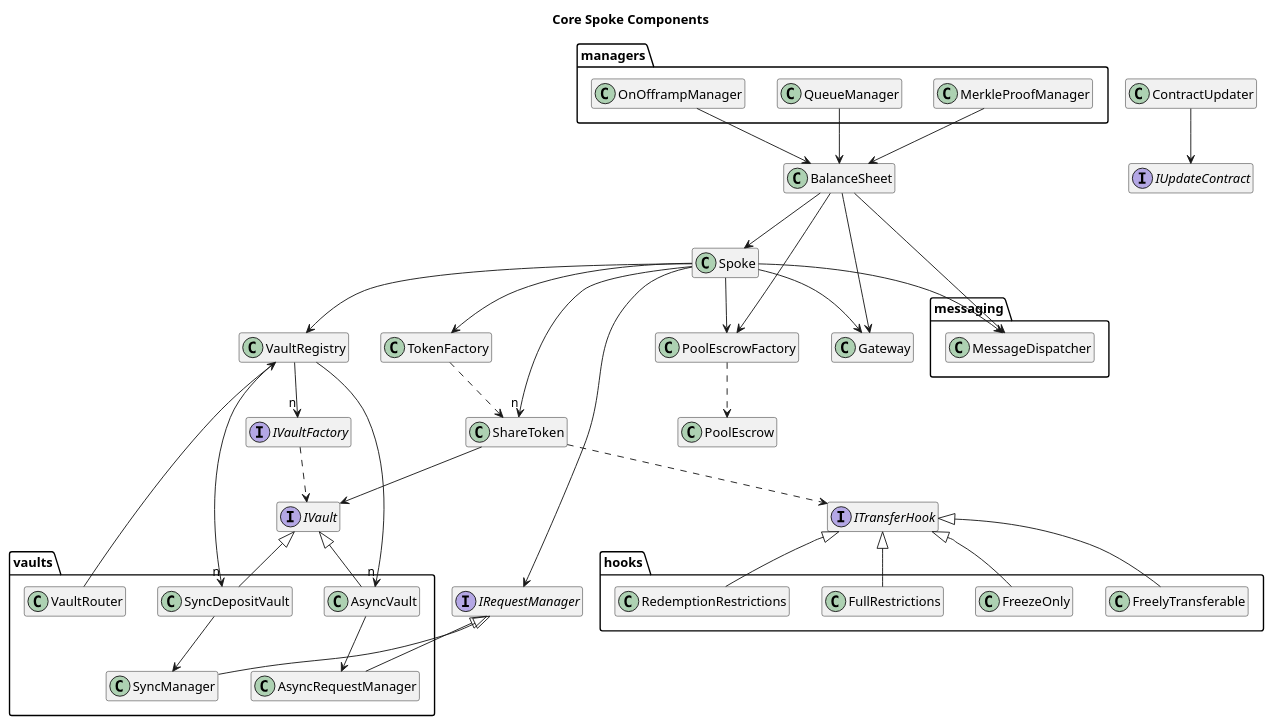
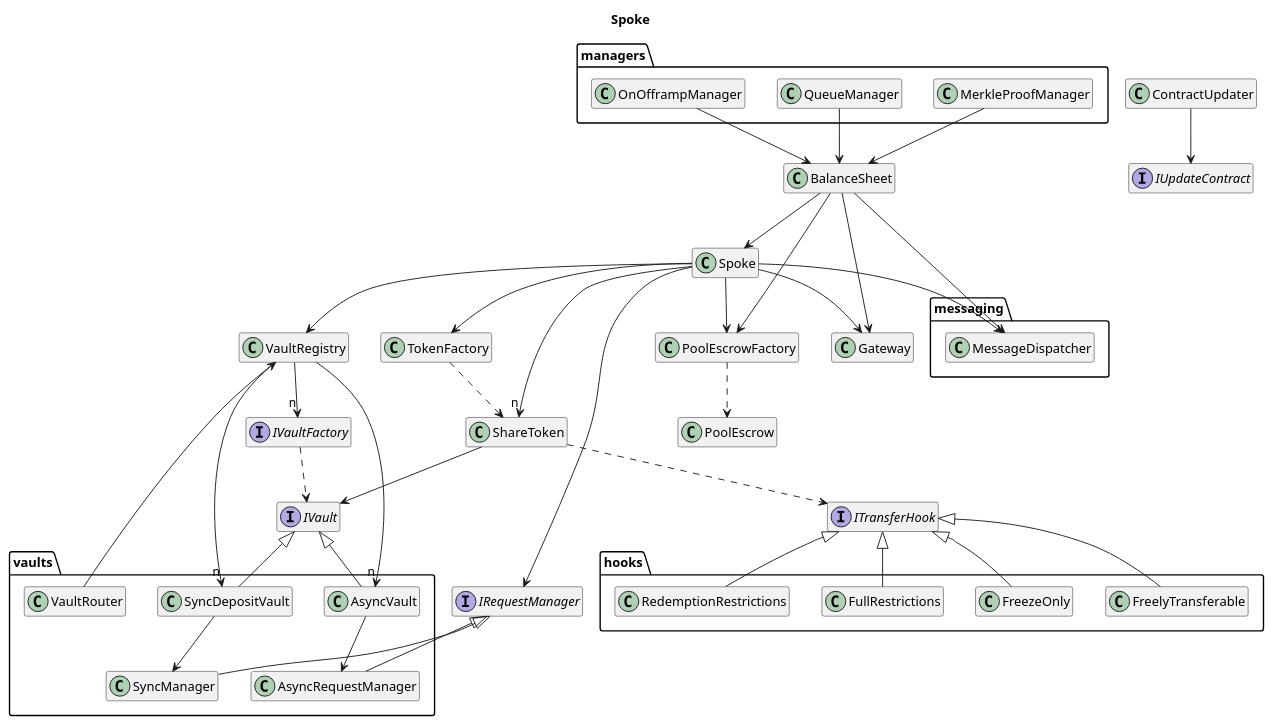
Before and after one commit to centrifuge/protocol: the diagram in docs/architecture/core/spoke.puml, drawn with PlantUML. The commit also changed 4 other files, not shown here.

```diff
--- a/docs/architecture/core/spoke.puml
+++ b/docs/architecture/core/spoke.puml
@@ -1,93 +1,93 @@
 @startuml spoke
-title Core Spoke Components
+title Spoke
 hide empty members
 
 package messaging {
     class MessageDispatcher
 }
 
 package managers {
     class OnOfframpManager
     class MerkleProofManager
     class QueueManager
 }
 
 package hooks {
     class FreelyTransferable
     class FreezeOnly
     class FullRestrictions
     class RedemptionRestrictions
 }
 
 package vaults {
     class AsyncVault
     class SyncDepositVault
     class AsyncRequestManager
     class SyncManager
     class VaultRouter
 }
 
 class Spoke
 class ShareToken
 class BalanceSheet
 class TokenFactory
 class VaultRegistry
 class ContractUpdater
 class PoolEscrowFactory
 class PoolEscrow
 class Gateway
 
 interface IVaultFactory
 interface IVault
 interface IRequestManager
 interface ITransferHook
 interface IUpdateContract
 
 Spoke --> TokenFactory
 Spoke --> PoolEscrowFactory
 Spoke --> "n" ShareToken
 Spoke --> Gateway
 Spoke --> MessageDispatcher
 Spoke --> VaultRegistry
 Spoke -[norank]-> IRequestManager
 
 VaultRegistry --> "n" IVaultFactory
 VaultRegistry --> "n" AsyncVault
 VaultRegistry --> "n" SyncDepositVault
 
 AsyncVault -up-|> IVault
 SyncDepositVault -up-|> IVault
 
 AsyncVault --> AsyncRequestManager
 SyncDepositVault --> SyncManager
 
 AsyncRequestManager -up-|> IRequestManager
 SyncManager -up-|> IRequestManager
 
 VaultRouter --> VaultRegistry
 
 ContractUpdater --> IUpdateContract
 
 BalanceSheet --> PoolEscrowFactory
 BalanceSheet --> Spoke
 BalanceSheet --> MessageDispatcher
 BalanceSheet --> Gateway
 
 PoolEscrowFactory ..> PoolEscrow
 
 OnOfframpManager --> BalanceSheet
 MerkleProofManager --> BalanceSheet
 QueueManager --> BalanceSheet
 
 ShareToken ..> ITransferHook
 ShareToken --> IVault
 
 ITransferHook <|-- FreelyTransferable
 ITransferHook <|-- FreezeOnly
 ITransferHook <|-- FullRestrictions
 ITransferHook <|-- RedemptionRestrictions
 
 TokenFactory ..> ShareToken
 IVaultFactory ..> IVault
 
 @enduml
```
